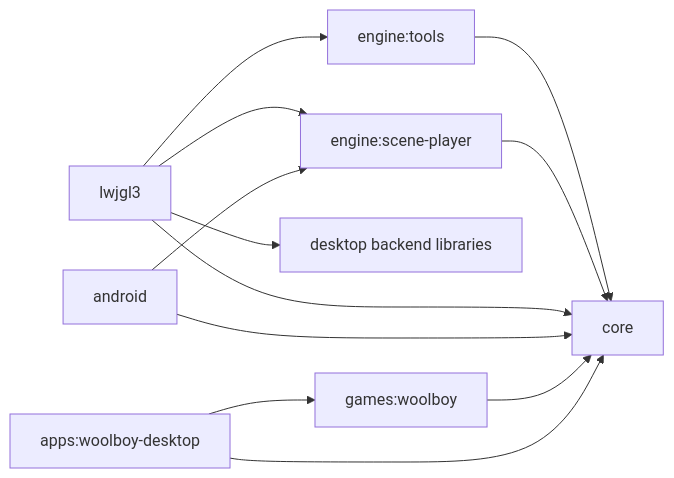
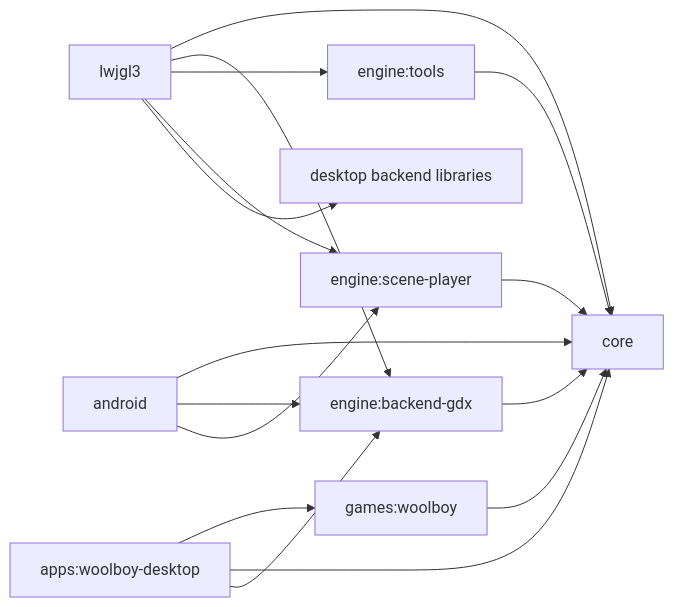
One commit to Dmytro-Pashko/KRender changed the first of 2 diagrams in README.md. Above: the diagram before and after it, drawn with Mermaid. The commit also changed other lines of this file and 35 other files, not shown here.

Commit message:
Separated engine.backend.gdx from core into engine:backend-gdx

````diff
--- a/README.md
+++ b/README.md
@@ -93,15 +95,19 @@
 ```mermaid
 flowchart LR
     Core["core"]
+    BackendGdx["engine:backend-gdx"] --> Core
     Tools["engine:tools"] --> Core
     ScenePlayer["engine:scene-player"] --> Core
     Lwjgl3["lwjgl3"] --> Core
+    Lwjgl3 --> BackendGdx
     Lwjgl3 --> Tools
     Lwjgl3 --> ScenePlayer
     Lwjgl3 --> DesktopBackend["desktop backend libraries"]
     Android["android"] --> Core
+    Android --> BackendGdx
     Android --> ScenePlayer
     Woolboy["games:woolboy"] --> Core
     WoolboyDesktop["apps:woolboy-desktop"] --> Woolboy
     WoolboyDesktop --> Core
+    WoolboyDesktop --> BackendGdx
 ```
````
